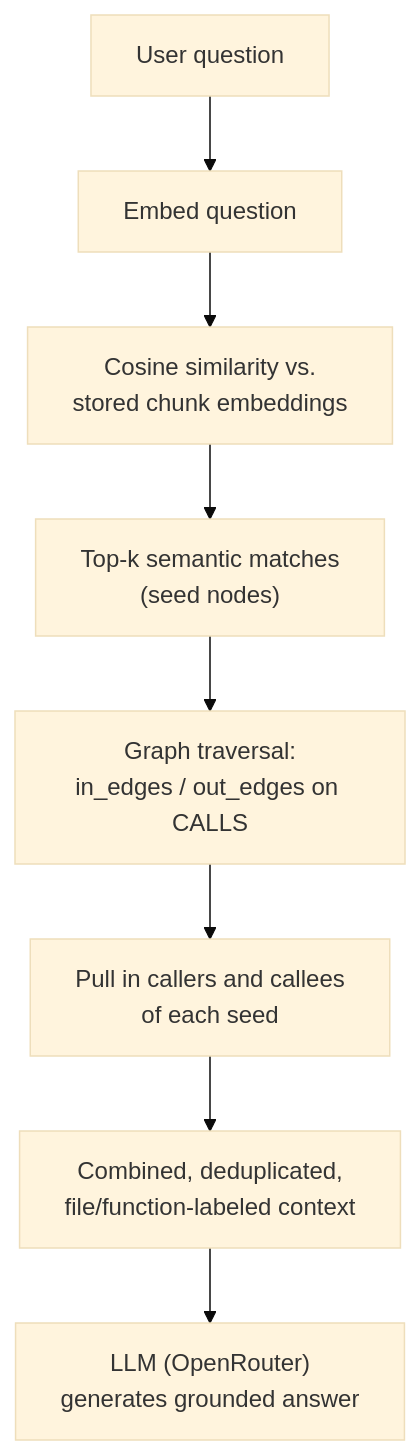
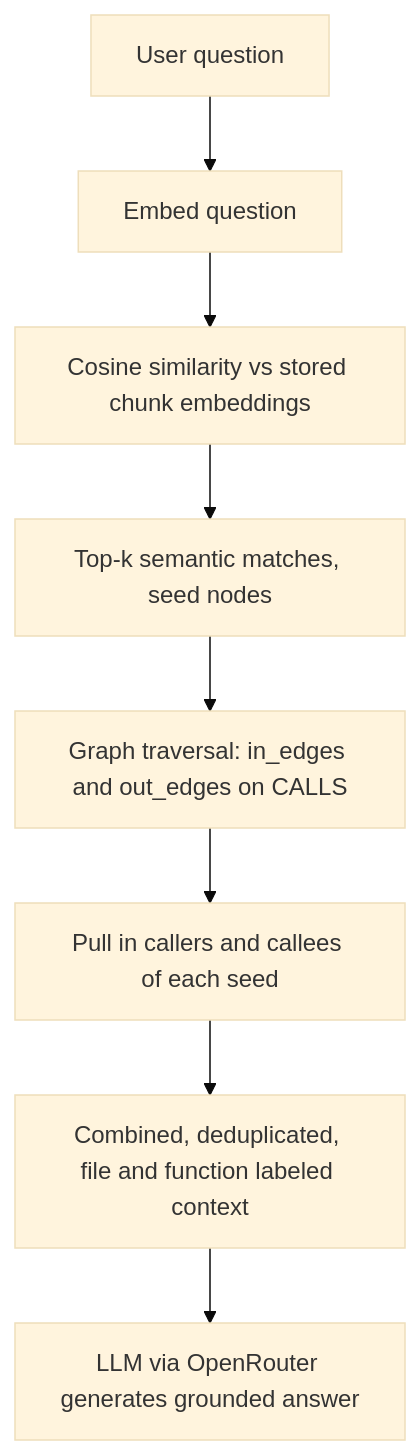
The second of 2 diagrams in README.md (KhushiKeswani/repograph), drawn with Mermaid (base theme) before and after one commit. The commit also changed other lines of this file, not shown here.

````diff
--- a/README.md
+++ b/README.md
@@ -50,10 +50,10 @@
 ```mermaid
 flowchart TD
-    Q[User question] --> R["Embed question"]
-    R --> S["Cosine similarity vs.\nstored chunk embeddings"]
-    S --> T["Top-k semantic matches\n(seed nodes)"]
-    T --> U["Graph traversal:\nin_edges / out_edges on CALLS"]
-    U --> V["Pull in callers and callees\nof each seed"]
-    V --> W["Combined, deduplicated,\nfile/function-labeled context"]
-    W --> X["LLM (OpenRouter)\ngenerates grounded answer"]
+    Q[User question] --> R[Embed question]
+    R --> S[Cosine similarity vs stored chunk embeddings]
+    S --> T[Top-k semantic matches, seed nodes]
+    T --> U[Graph traversal: in_edges and out_edges on CALLS]
+    U --> V[Pull in callers and callees of each seed]
+    V --> W[Combined, deduplicated, file and function labeled context]
+    W --> X[LLM via OpenRouter generates grounded answer]
 ```
````
